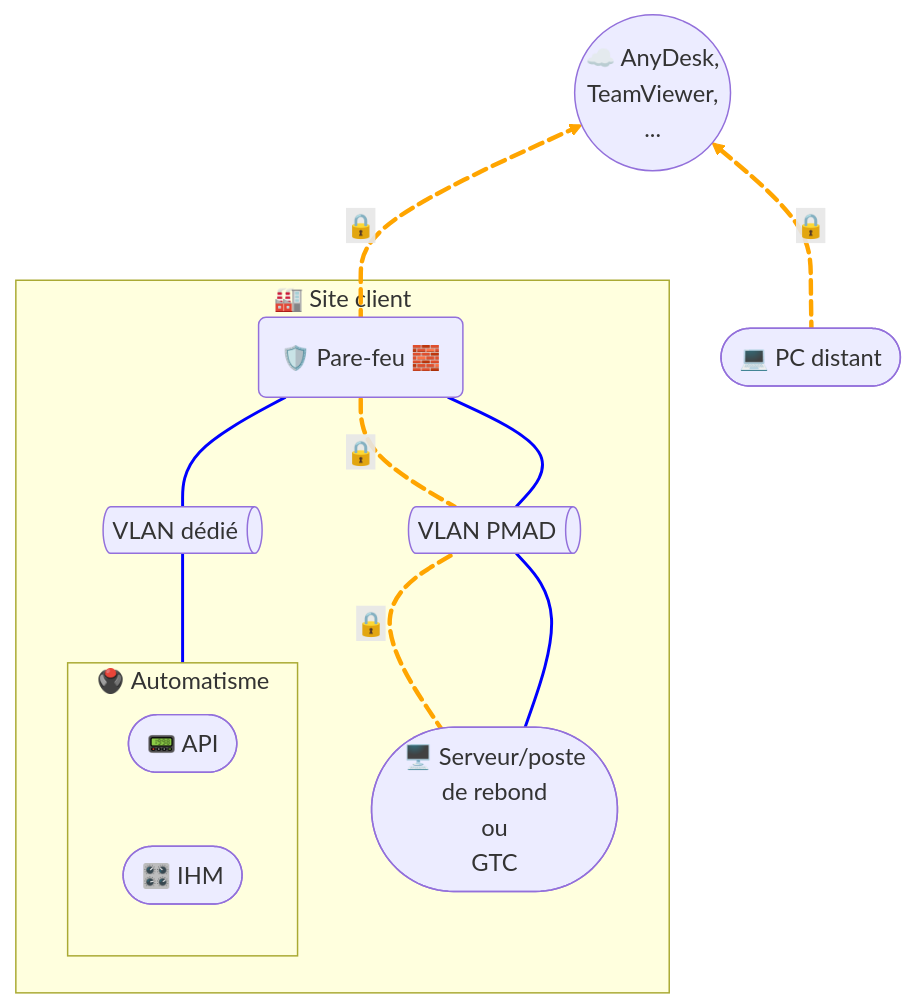
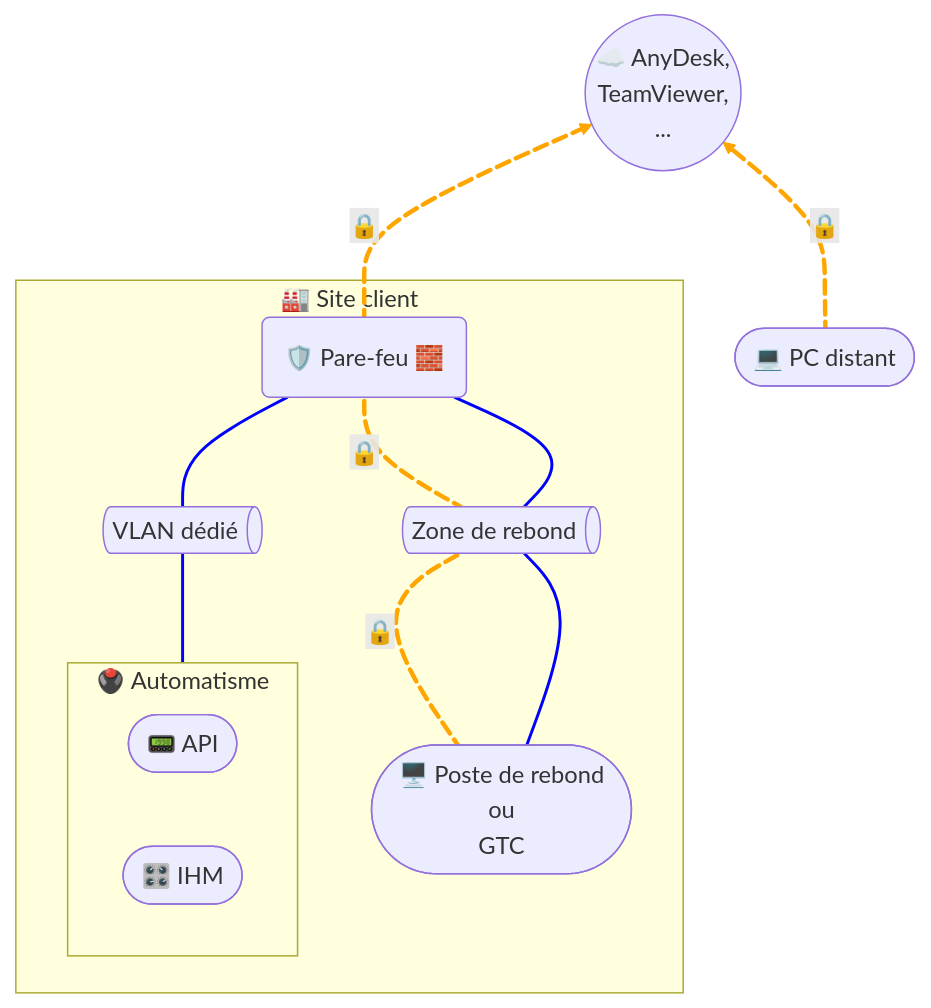
Before and after one commit to JohannPx/network-architectures: the diagram in docs/remote-access/remote-access-pmad.md, drawn with Mermaid. The commit also changed other lines of this file and 1 other file, not shown here.

````diff
--- a/docs/remote-access/remote-access-pmad.md
+++ b/docs/remote-access/remote-access-pmad.md
@@ -5,54 +5,53 @@
 ```mermaid
 flowchart BT
 
     remote([💻 PC distant])
 
     pmad((☁️ AnyDesk,
     TeamViewer,
     ...))
 
     subgraph site [🏭 Site client]
         fw(🛡️ Pare-feu 🧱)
-        vlanPmad@{ shape: das, label: "VLAN PMAD" }
+        jumpAera@{ shape: das, label: "Zone de rebond" }
         vlanAutomation@{ shape: das, label: "VLAN dédié" }
-        jumpServer([🖥️ Serveur/poste
-        de rebond
+        jumpServer([🖥️ Poste de rebond
         ou
         GTC])
         subgraph automation [🖲️ Automatisme]
             direction RL
             plc([📟 API])
             hmi([🎛️ IHM])
         end
     end
 
     remote e2@== 🔒 ==> pmad
     e2@{ animation: fast }
 
     fw e1@== 🔒 ==> pmad
     e1@{ animation: fast }
 
-    vlanPmad e3@ == 🔒 === fw
+    jumpAera e3@ == 🔒 === fw
     e3@{ animation: fast }
 
-    jumpServer e4@ == 🔒 === vlanPmad
+    jumpServer e4@ == 🔒 === jumpAera
     e4@{ animation: fast }
 
     vlanAutomation === fw
 
     automation === vlanAutomation
 
-    jumpServer --- vlanPmad
+    jumpServer --- jumpAera
 
-    vlanPmad --- fw
+    jumpAera --- fw
 
     linkStyle 0 stroke:orange,stroke-width:3px,color:orange;
     linkStyle 1 stroke:orange,stroke-width:3px,color:orange;
     linkStyle 2 stroke:orange,stroke-width:3px,color:orange;
     linkStyle 3 stroke:orange,stroke-width:3px,color:orange;
     linkStyle 4 stroke:blue,stroke-width:2px;
     linkStyle 5 stroke:blue,stroke-width:2px;
     linkStyle 6 stroke:blue,stroke-width:2px;
     linkStyle 7 stroke:blue,stroke-width:2px;
 
 ```
````
